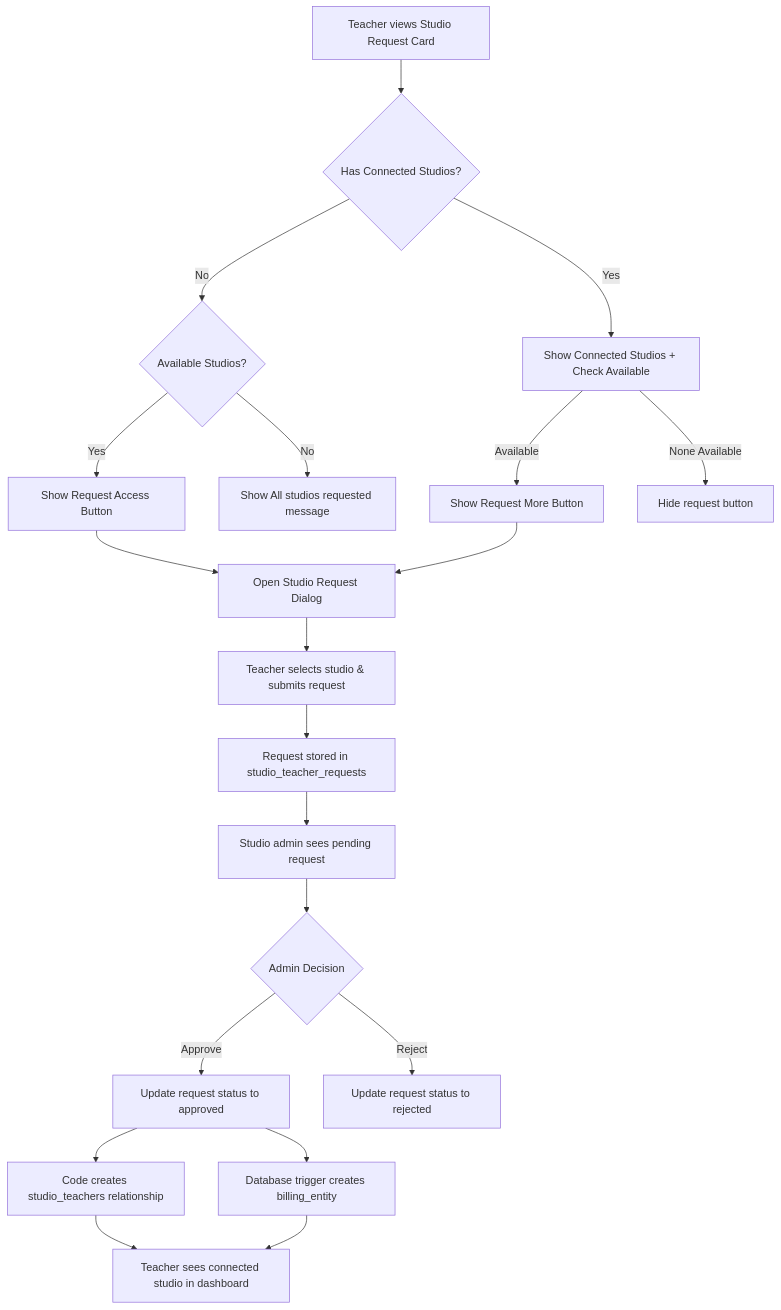
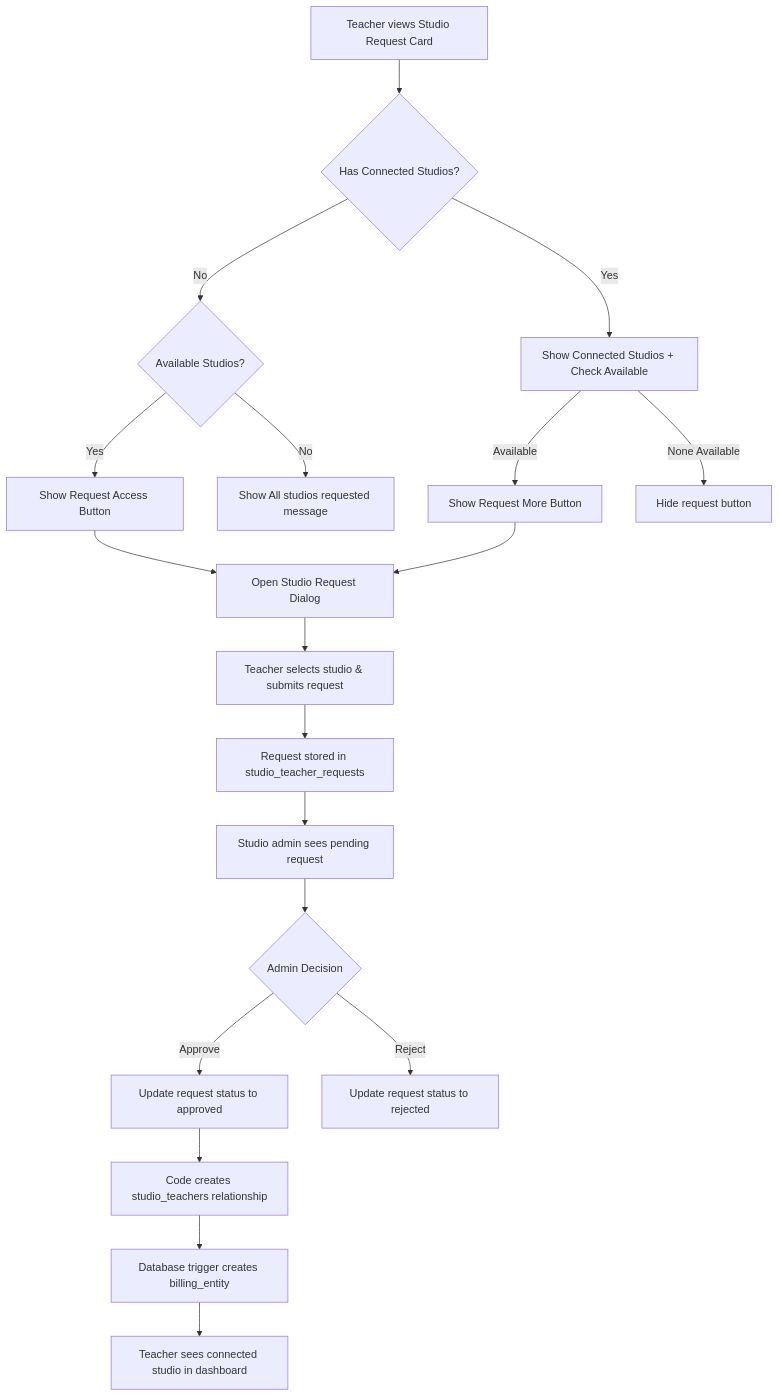
One commit to Lenda-arcs/next-calendar-sync changed the first of 5 diagrams in docs/Studio-Teacher-Substitution-System.md. Above: the diagram before and after it, drawn with Mermaid. The commit also changed other lines of this file and 6 other files, not shown here.

First line of the commit message:
feat: implement teacher departure management and billing triggers

````diff
--- a/docs/Studio-Teacher-Substitution-System.md
+++ b/docs/Studio-Teacher-Substitution-System.md
@@ -92,22 +95,21 @@
 ```mermaid
 graph TD
     A[Teacher views Studio Request Card] --> B{Has Connected Studios?}
     B -->|No| C{Available Studios?}
     B -->|Yes| D[Show Connected Studios + Check Available]
     C -->|Yes| E[Show Request Access Button]
     C -->|No| F[Show All studios requested message]
     D -->|Available| G[Show Request More Button]
     D -->|None Available| H[Hide request button]
     E --> I[Open Studio Request Dialog]
     G --> I
     I --> J[Teacher selects studio & submits request]
     J --> K[Request stored in studio_teacher_requests]
     K --> L[Studio admin sees pending request]
     L --> M{Admin Decision}
     M -->|Approve| N[Update request status to approved]
     M -->|Reject| O[Update request status to rejected]
     N --> P[Code creates studio_teachers relationship]
-    N --> Q[Database trigger creates billing_entity]
-    P --> R[Teacher sees connected studio in dashboard]
-    Q --> R
+    P --> Q[Database trigger creates billing_entity]
+    Q --> R[Teacher sees connected studio in dashboard]
 ```
````
